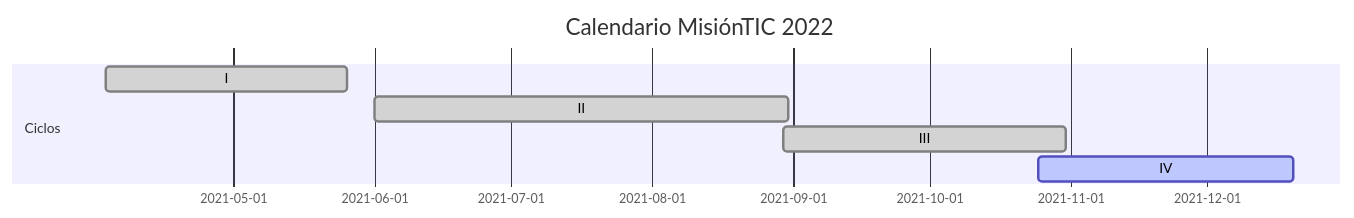
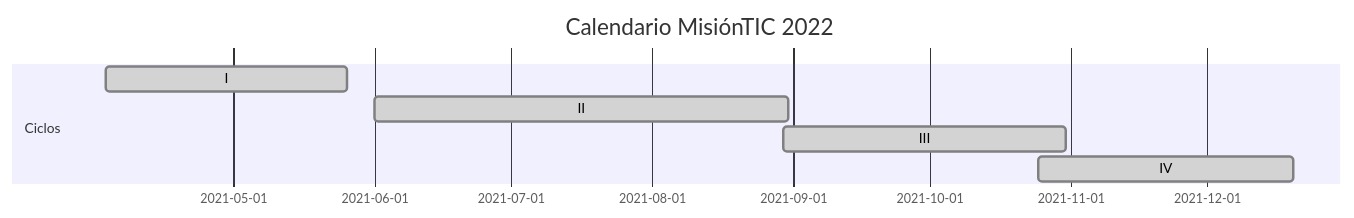
Before and after one commit to LorenaBtz/MisionTIC2022: the diagram in MisiónTIC 2022.md, drawn with Mermaid. The commit also changed other lines of this file and 15 other files, not shown here.

````diff
--- a/MisiónTIC 2022.md
+++ b/MisiónTIC 2022.md
@@ -3,11 +3,11 @@
 ``` mermaid
 gantt
 	dateFormat YYYY-MM-DD
 	title Calendario MisiónTIC 2022
 	
 	section Ciclos
 		I : done, des1, 2021-04-03 , 2021-05-26
 		II : done, des2, 2021-06-01 , 2021-08-31
 		III : done, des3, 2021-08-30 , 2021-10-31
-		IV : active, des4, 2021-10-25 , 2021-12-20
+		IV : done, des4, 2021-10-25 , 2021-12-20
 ```
````
